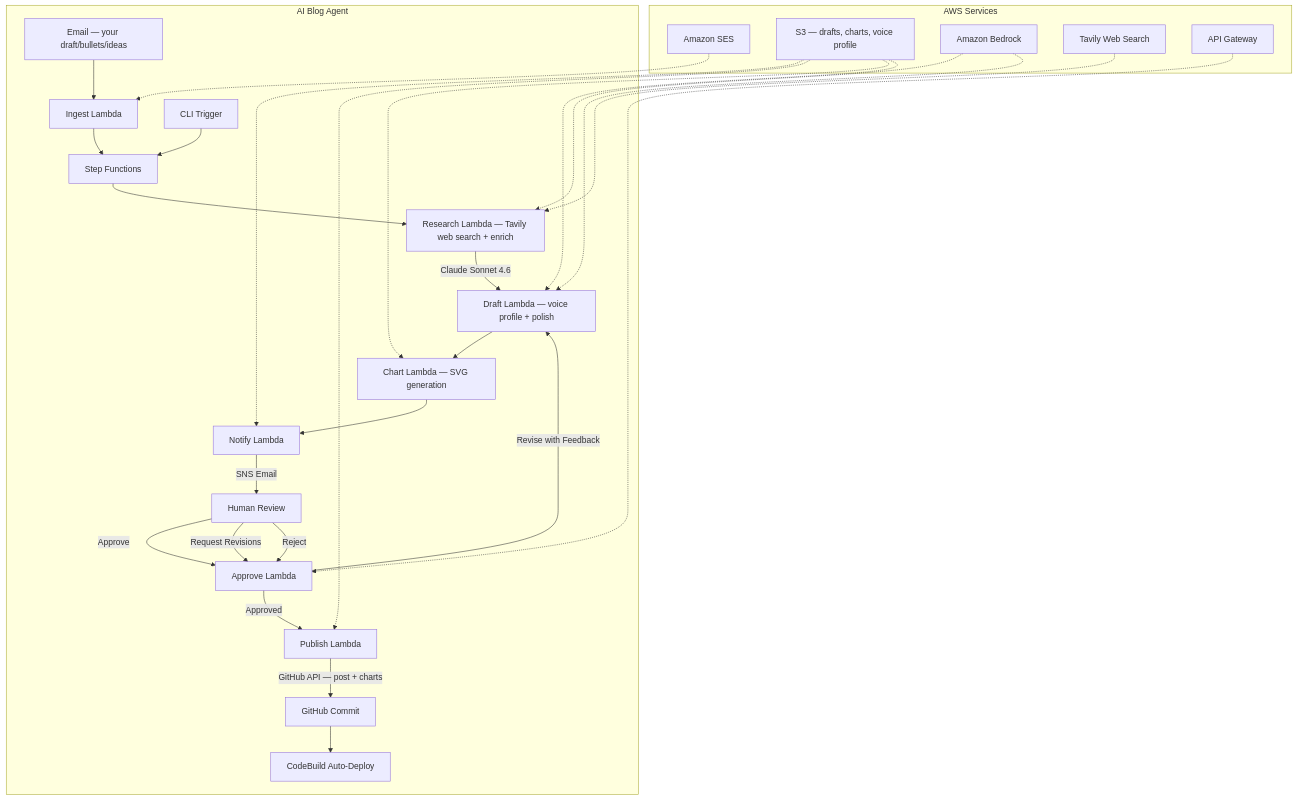
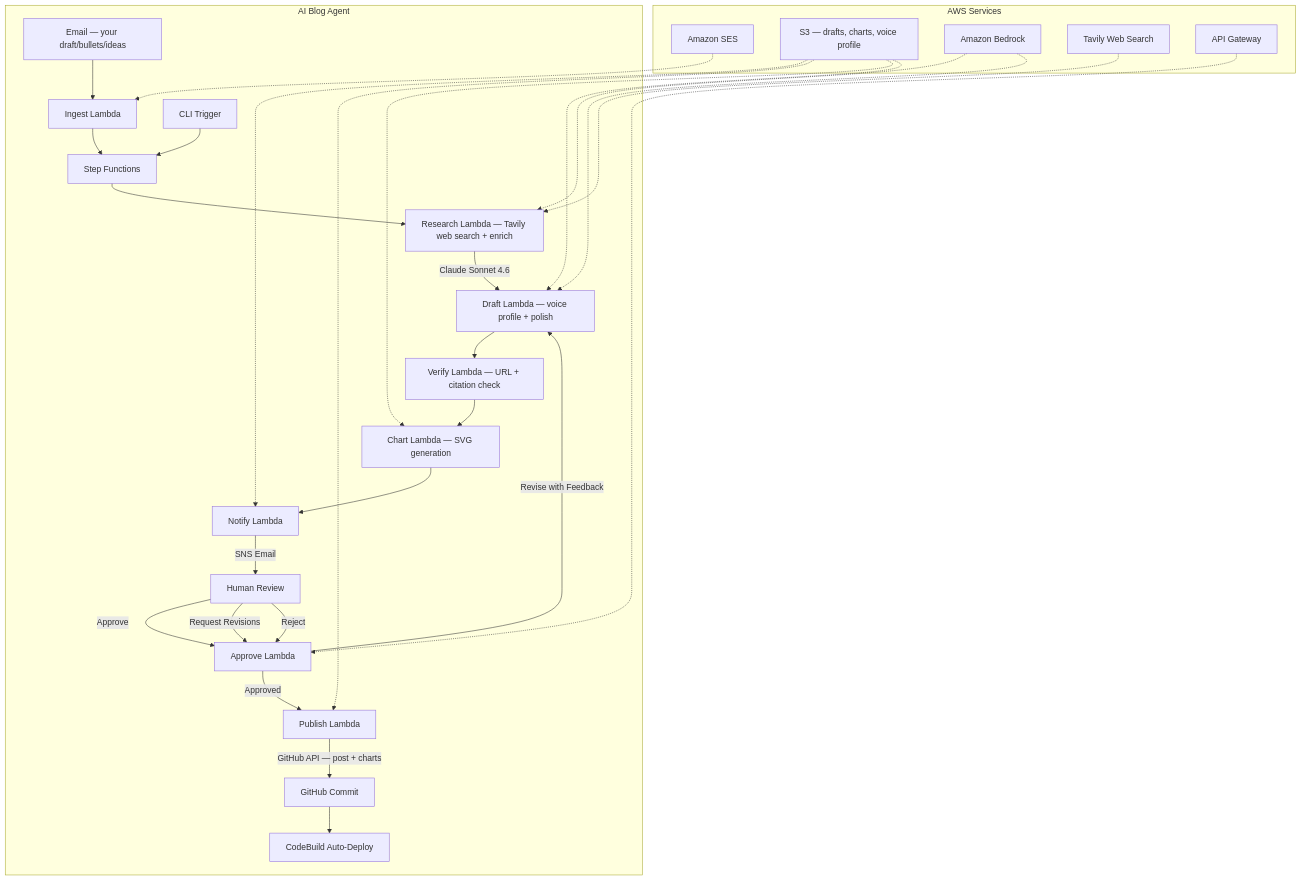
Before and after one commit to kzaky/khaledzaky.com: the second of 4 diagrams in README.md, drawn with Mermaid. The commit also changed other lines of this file and 2 other files, not shown here.

````diff
--- a/README.md
+++ b/README.md
@@ -38,32 +38,33 @@
 ```mermaid
 graph TD
     subgraph "AI Blog Agent"
         EM[Email — your draft/bullets/ideas] --> IG[Ingest Lambda]
         CLI[CLI Trigger] --> SF
         IG --> SF[Step Functions]
         SF --> R[Research Lambda — Tavily web search + enrich]
         R -->|Claude Sonnet 4.6| D[Draft Lambda — voice profile + polish]
-        D --> CH[Chart Lambda — SVG generation]
+        D --> VC[Verify Lambda — URL + citation check]
+        VC --> CH[Chart Lambda — SVG generation]
         CH --> N[Notify Lambda]
         N -->|SNS Email| U[Human Review]
         U -->|Approve| AP[Approve Lambda]
         U -->|Request Revisions| AP
         U -->|Reject| AP
         AP -->|Approved| P[Publish Lambda]
         AP -->|Revise with Feedback| D
         P -->|GitHub API — post + charts| GH[GitHub Commit]
         GH --> CB[CodeBuild Auto-Deploy]
     end
 
     subgraph "AWS Services"
         SES[Amazon SES] -.-> IG
         S3[S3 — drafts, charts, voice profile] -.-> N
         S3 -.-> P
         S3 -.-> CH
         S3 -.-> D
         BK[Amazon Bedrock] -.-> R
         BK -.-> D
         TV[Tavily Web Search] -.-> R
         AG[API Gateway] -.-> AP
     end
 ```
````
